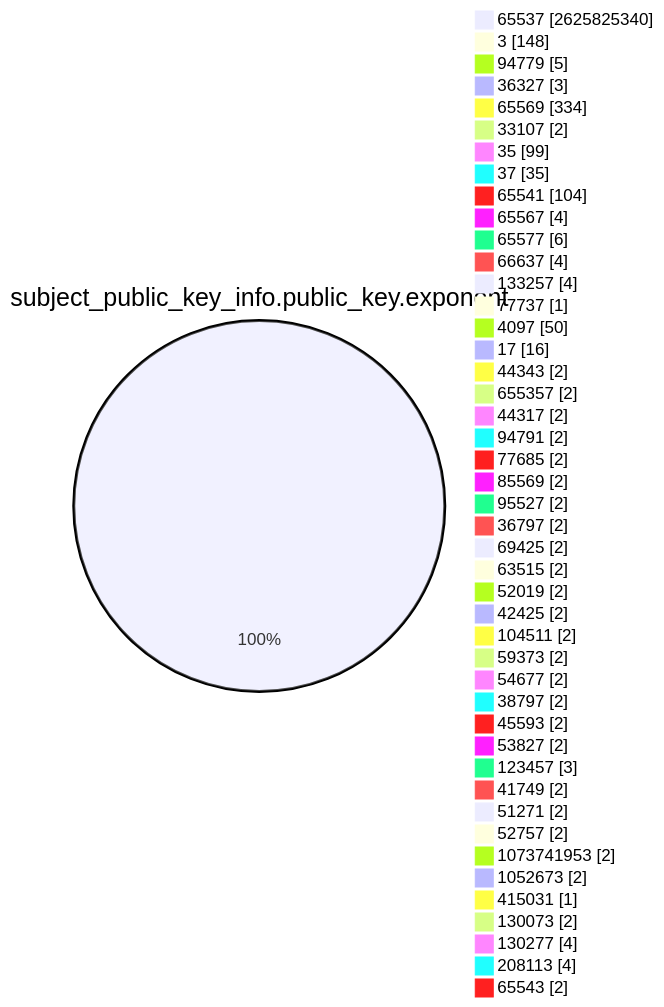
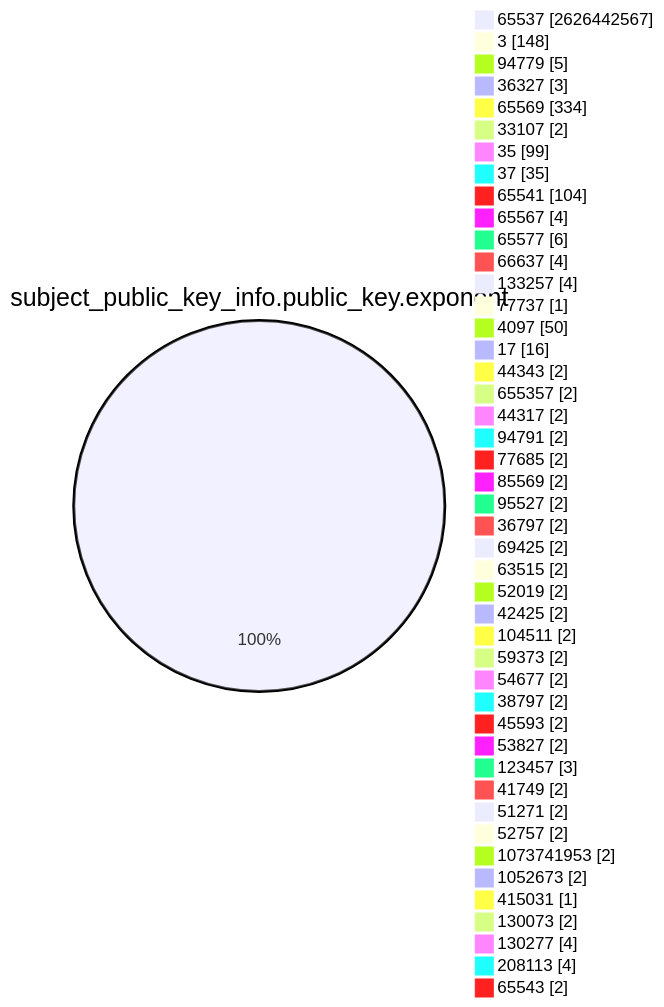
The fourth of 15 diagrams in TOTAL/README.md (christiankrug/ctmonitor_visualization), drawn with Mermaid before and after one commit. The commit also changed other lines of this file, not shown here.

````diff
--- a/TOTAL/README.md
+++ b/TOTAL/README.md
@@ -1467,49 +1467,49 @@
 ```mermaid
 pie showData
 title subject_public_key_info.public_key.exponent
-"65537" :2625825340
+"65537" :2626442567
 "3" :148
 "94779" :5
 "36327" :3
 "65569" :334
 "33107" :2
 "35" :99
 "37" :35
 "65541" :104
 "65567" :4
 "65577" :6
 "66637" :4
 "133257" :4
 "77737" :1
 "4097" :50
 "17" :16
 "44343" :2
 "655357" :2
 "44317" :2
 "94791" :2
 "77685" :2
 "85569" :2
 "95527" :2
 "36797" :2
 "69425" :2
 "63515" :2
 "52019" :2
 "42425" :2
 "104511" :2
 "59373" :2
 "54677" :2
 "38797" :2
 "45593" :2
 "53827" :2
 "123457" :3
 "41749" :2
 "51271" :2
 "52757" :2
 "1073741953" :2
 "1052673" :2
 "415031" :1
 "130073" :2
 "130277" :4
 "208113" :4
 "65543" :2
 ```
````
